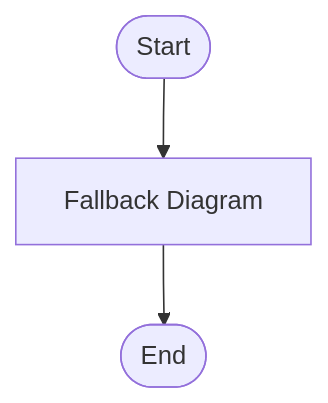
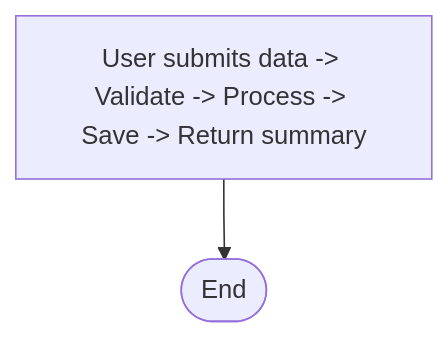
The diagram in demos/demo-code-analysis.diagram.md (Anselmoo/mcp-ai-agent-guidelines), drawn with Mermaid before and after one commit. The commit also changed other lines of this file and 26 other files, not shown here.

First line of the commit message:
Fix mermaid.parse is not a function error in diagram generator (#333)

````diff
--- a/demos/demo-code-analysis.diagram.md
+++ b/demos/demo-code-analysis.diagram.md
@@ -7,5 +7,5 @@
 ```mermaid
 flowchart TD
-A([Start]) --> B[Fallback Diagram]
-B --> C([End])
+A[User submits data -> Validate -> Process -> Save -> Return summary]
+A --> B([End])
 ```
````
